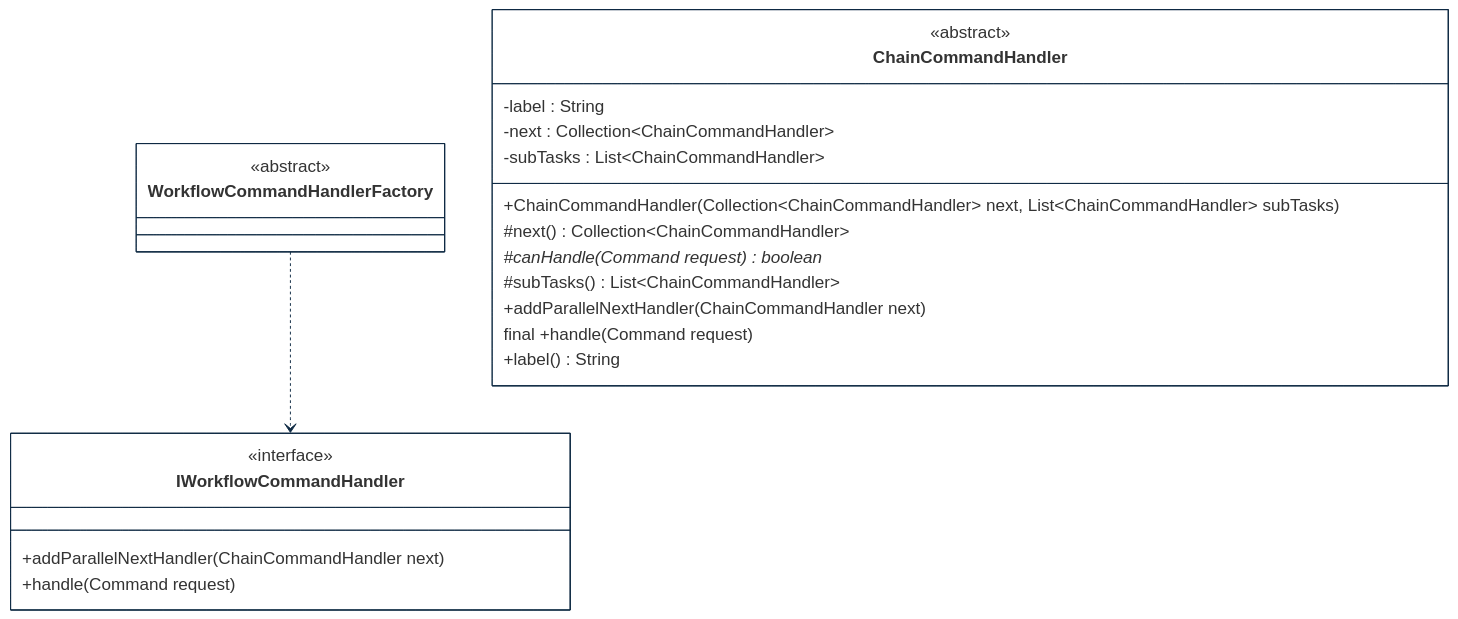
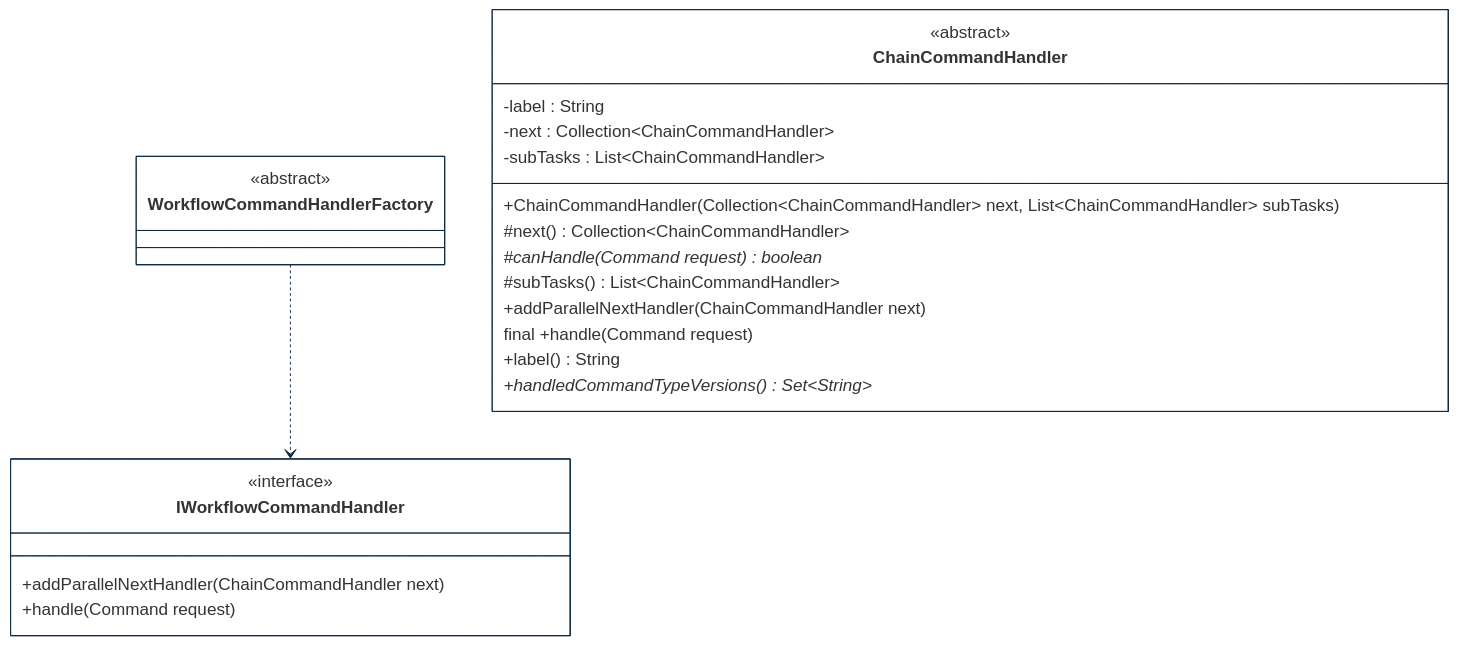
One commit to cybnity/foundation changed the diagram in implementations-line/features/workflow-process/security-activity-orchestration/designview-structure-models.md. Above: the diagram before and after it, drawn with Mermaid. The commit also changed 9 other files, not shown here.

````diff
--- a/implementations-line/features/workflow-process/security-activity-orchestration/designview-structure-models.md
+++ b/implementations-line/features/workflow-process/security-activity-orchestration/designview-structure-models.md
@@ -18,44 +18,45 @@
 ```mermaid
 %%{
   init: {
     'theme': 'base',
     'themeVariables': {
         'background': '#ffffff',
         'fontFamily': 'arial',
         'fontSize': '18px',
         'primaryColor': '#fff',
         'primaryBorderColor': '#0e2a43',
         'secondaryBorderColor': '#0e2a43',
         'tertiaryBorderColor': '#0e2a43',
         'edgeLabelBackground':'#0e2a43',
         'lineColor': '#0e2a43',
         'tertiaryColor': '#fff'
     }
   }
 }%%
 classDiagram
   WorkflowCommandHandlerFactory ..> IWorkflowCommandHandler
 
   class ChainCommandHandler {
       <<abstract>>
       -label : String
       -next : Collection~ChainCommandHandler~
       -subTasks : List~ChainCommandHandler~
       +ChainCommandHandler(Collection~ChainCommandHandler~ next, List~ChainCommandHandler~ subTasks)
       #next() Collection~ChainCommandHandler~
       #canHandle(Command request)* boolean
       #subTasks() List~ChainCommandHandler~
       +addParallelNextHandler(ChainCommandHandler next)
       final +handle(Command request)
       +label() String
+      +handledCommandTypeVersions()* Set~String~
   }
   class WorkflowCommandHandlerFactory {
       <<abstract>>
   }
   class IWorkflowCommandHandler {
       <<interface>>
       +addParallelNextHandler(ChainCommandHandler next)
       +handle(Command request)
   }
 
 ```
````
